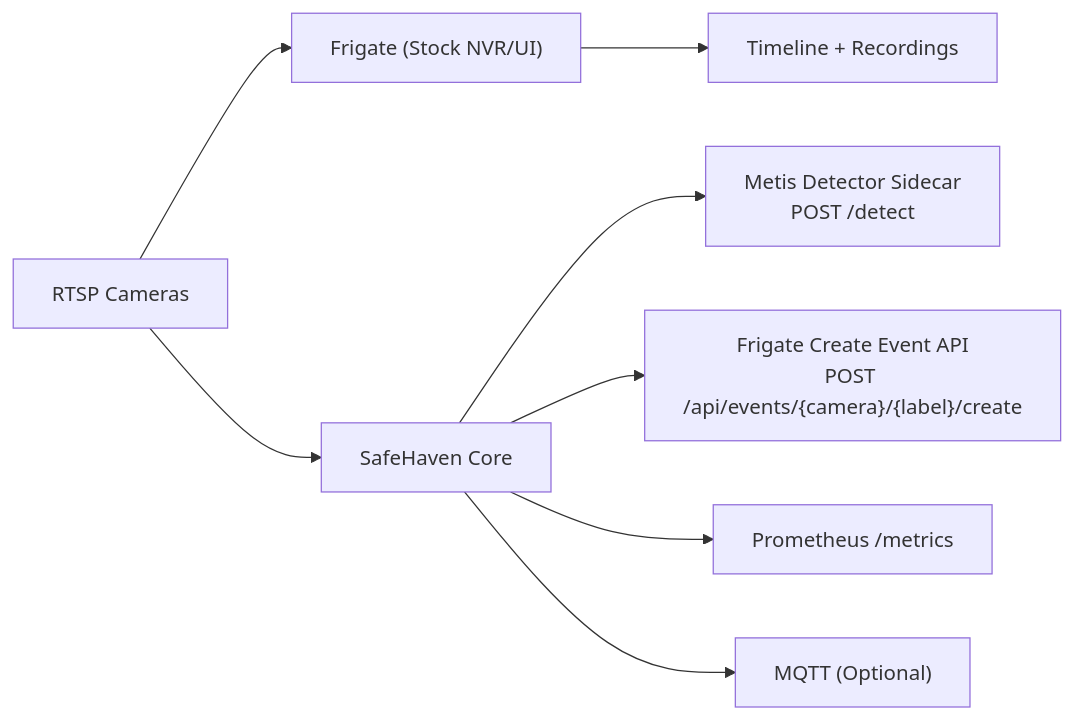
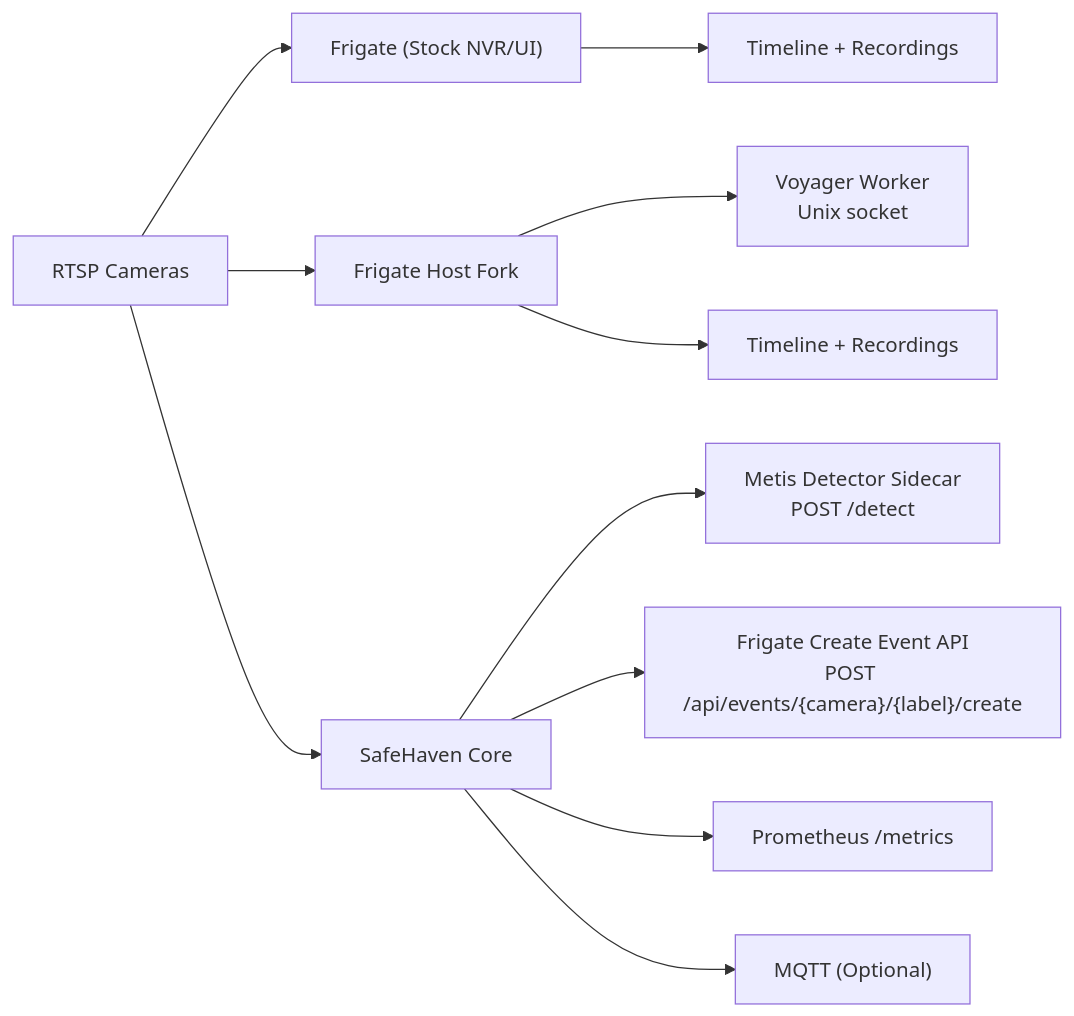
The diagram in safehaven_v2/README.md (shashibhat/SafeHaven_v2), drawn with Mermaid before and after one commit. The commit also changed other lines of this file and 109 other files, not shown here.

````diff
--- a/safehaven_v2/README.md
+++ b/safehaven_v2/README.md
@@ -42,10 +42,13 @@
 ```mermaid
 flowchart LR
-    C["RTSP Cameras"] --> F["Frigate (Stock NVR/UI)"]
+    C["RTSP Cameras"] --> FS["Frigate (Stock NVR/UI)"]
+    C --> FH["Frigate Host Fork"]
     C --> S["SafeHaven Core"]
     S --> M["Metis Detector Sidecar\nPOST /detect"]
     S --> E["Frigate Create Event API\nPOST /api/events/{camera}/{label}/create"]
+    FH --> VW["Voyager Worker\nUnix socket"]
     S --> P["Prometheus /metrics"]
     S --> Q["MQTT (Optional)"]
-    F --> T["Timeline + Recordings"]
+    FS --> T1["Timeline + Recordings"]
+    FH --> T2["Timeline + Recordings"]
 ```
````
